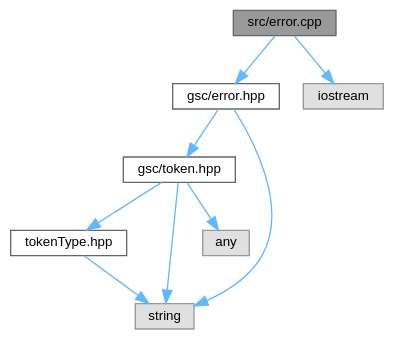
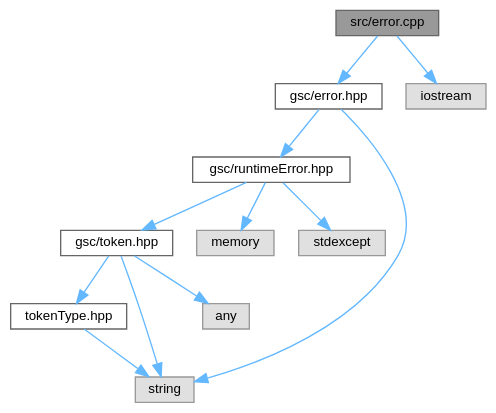
Before and after one commit to helcsnewsxd/gsc-interpreter: the diagram in error_8cpp__incl.dot, drawn with Graphviz. The commit also changed 105 other files, not shown here.

```diff
--- a/error_8cpp__incl.dot
+++ b/error_8cpp__incl.dot
@@ -1,22 +1,28 @@
 digraph "src/error.cpp"
 {
  // LATEX_PDF_SIZE
   bgcolor="transparent";
   edge [fontname=Helvetica,fontsize=10,labelfontname=Helvetica,labelfontsize=10];
   node [fontname=Helvetica,fontsize=10,shape=box,height=0.2,width=0.4];
   Node1 [id="Node000001",label="src/error.cpp",height=0.2,width=0.4,color="gray40", fillcolor="grey60", style="filled", fontcolor="black",tooltip=" "];
   Node1 -> Node2 [id="edge1_Node000001_Node000002",color="steelblue1",style="solid",tooltip=" "];
   Node2 [id="Node000002",label="gsc/error.hpp",height=0.2,width=0.4,color="grey40", fillcolor="white", style="filled",URL="$error_8hpp.html",tooltip=" "];
   Node2 -> Node3 [id="edge2_Node000002_Node000003",color="steelblue1",style="solid",tooltip=" "];
-  Node3 [id="Node000003",label="gsc/token.hpp",height=0.2,width=0.4,color="grey40", fillcolor="white", style="filled",URL="$token_8hpp.html",tooltip=" "];
+  Node3 [id="Node000003",label="gsc/runtimeError.hpp",height=0.2,width=0.4,color="grey40", fillcolor="white", style="filled",URL="$runtimeError_8hpp.html",tooltip=" "];
   Node3 -> Node4 [id="edge3_Node000003_Node000004",color="steelblue1",style="solid",tooltip=" "];
-  Node4 [id="Node000004",label="tokenType.hpp",height=0.2,width=0.4,color="grey40", fillcolor="white", style="filled",URL="$tokenType_8hpp.html",tooltip=" "];
+  Node4 [id="Node000004",label="gsc/token.hpp",height=0.2,width=0.4,color="grey40", fillcolor="white", style="filled",URL="$token_8hpp.html",tooltip=" "];
   Node4 -> Node5 [id="edge4_Node000004_Node000005",color="steelblue1",style="solid",tooltip=" "];
-  Node5 [id="Node000005",label="string",height=0.2,width=0.4,color="grey60", fillcolor="#E0E0E0", style="filled",tooltip=" "];
-  Node3 -> Node6 [id="edge5_Node000003_Node000006",color="steelblue1",style="solid",tooltip=" "];
-  Node6 [id="Node000006",label="any",height=0.2,width=0.4,color="grey60", fillcolor="#E0E0E0", style="filled",tooltip=" "];
-  Node3 -> Node5 [id="edge6_Node000003_Node000005",color="steelblue1",style="solid",tooltip=" "];
-  Node2 -> Node5 [id="edge7_Node000002_Node000005",color="steelblue1",style="solid",tooltip=" "];
-  Node1 -> Node7 [id="edge8_Node000001_Node000007",color="steelblue1",style="solid",tooltip=" "];
-  Node7 [id="Node000007",label="iostream",height=0.2,width=0.4,color="grey60", fillcolor="#E0E0E0", style="filled",tooltip=" "];
+  Node5 [id="Node000005",label="tokenType.hpp",height=0.2,width=0.4,color="grey40", fillcolor="white", style="filled",URL="$tokenType_8hpp.html",tooltip=" "];
+  Node5 -> Node6 [id="edge5_Node000005_Node000006",color="steelblue1",style="solid",tooltip=" "];
+  Node6 [id="Node000006",label="string",height=0.2,width=0.4,color="grey60", fillcolor="#E0E0E0", style="filled",tooltip=" "];
+  Node4 -> Node7 [id="edge6_Node000004_Node000007",color="steelblue1",style="solid",tooltip=" "];
+  Node7 [id="Node000007",label="any",height=0.2,width=0.4,color="grey60", fillcolor="#E0E0E0", style="filled",tooltip=" "];
+  Node4 -> Node6 [id="edge7_Node000004_Node000006",color="steelblue1",style="solid",tooltip=" "];
+  Node3 -> Node8 [id="edge8_Node000003_Node000008",color="steelblue1",style="solid",tooltip=" "];
+  Node8 [id="Node000008",label="memory",height=0.2,width=0.4,color="grey60", fillcolor="#E0E0E0", style="filled",tooltip=" "];
+  Node3 -> Node9 [id="edge9_Node000003_Node000009",color="steelblue1",style="solid",tooltip=" "];
+  Node9 [id="Node000009",label="stdexcept",height=0.2,width=0.4,color="grey60", fillcolor="#E0E0E0", style="filled",tooltip=" "];
+  Node2 -> Node6 [id="edge10_Node000002_Node000006",color="steelblue1",style="solid",tooltip=" "];
+  Node1 -> Node10 [id="edge11_Node000001_Node000010",color="steelblue1",style="solid",tooltip=" "];
+  Node10 [id="Node000010",label="iostream",height=0.2,width=0.4,color="grey60", fillcolor="#E0E0E0", style="filled",tooltip=" "];
 }
```
